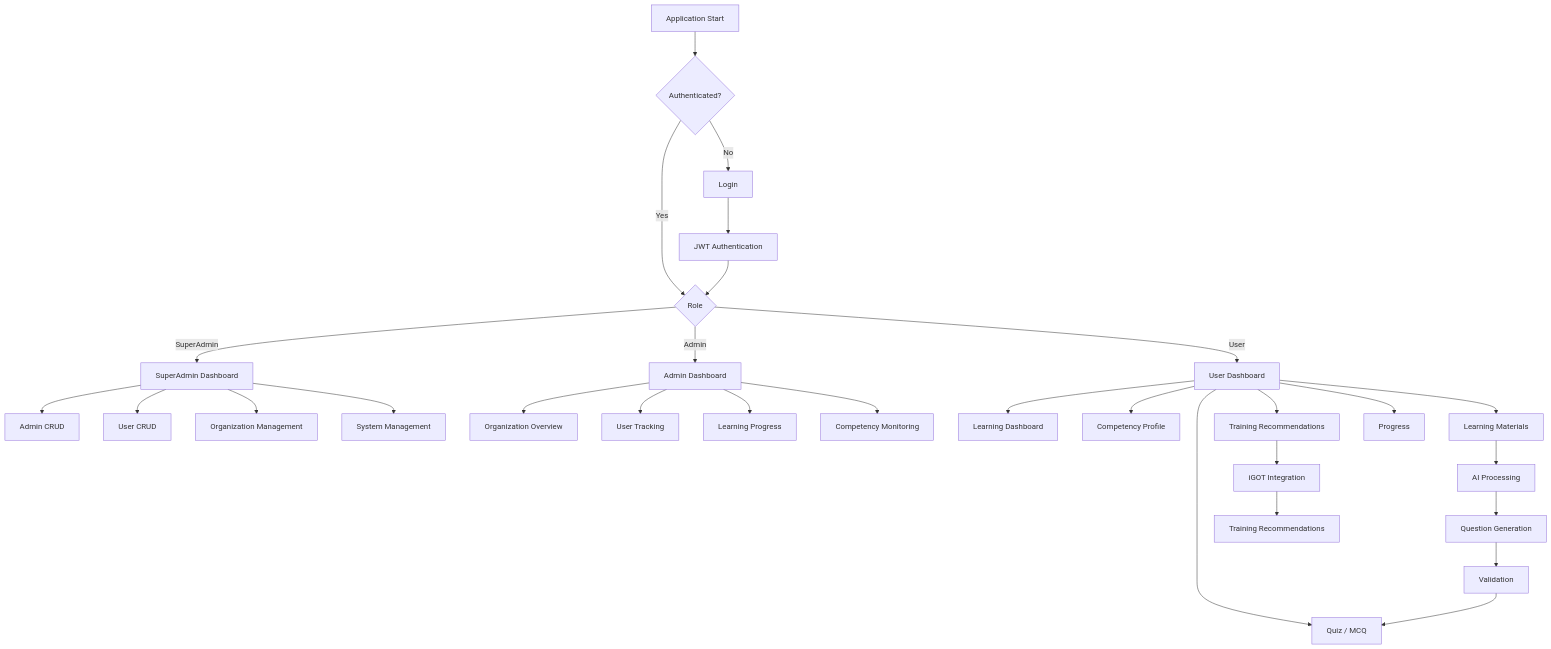
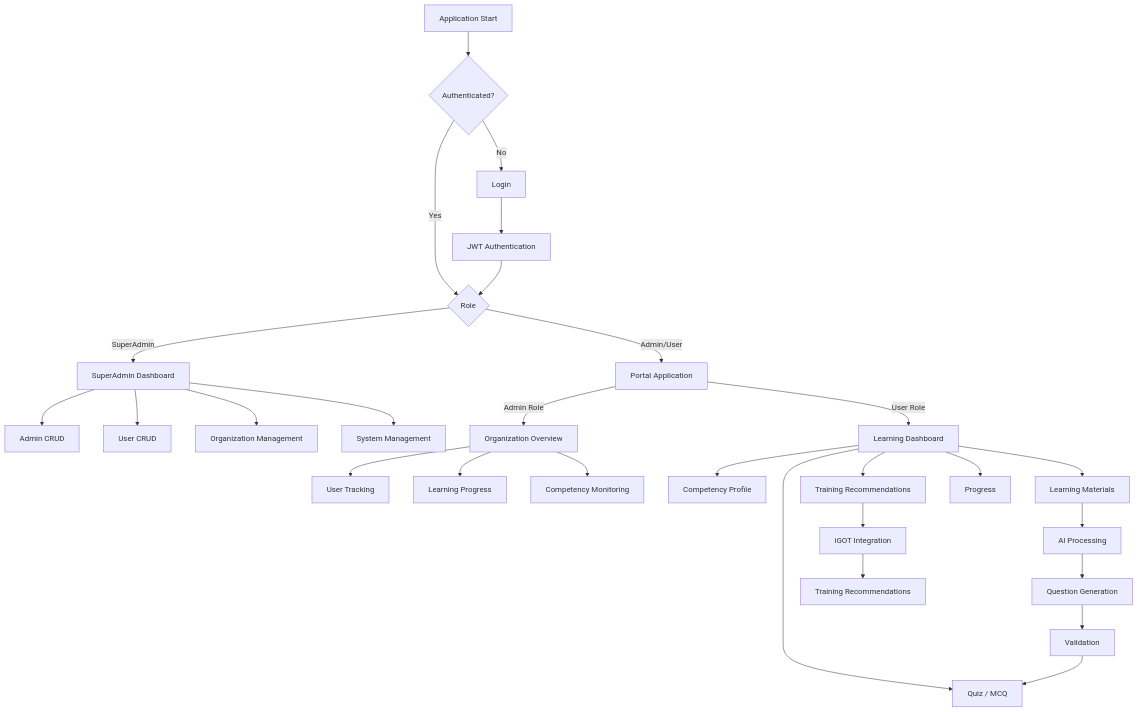
Before and after one commit to Farnexol/SIH-2026-Hackathon-VI: the first of 2 diagrams in AI/2_architecture.md, drawn with Mermaid. The commit also changed other lines of this file and 2 other files, not shown here.

Commit message:
Consolidate Admin and User to Portal

````diff
--- a/AI/2_architecture.md
+++ b/AI/2_architecture.md
@@ -283,40 +243,39 @@
 ```mermaid
 flowchart TD
 
     A[Application Start] --> B{Authenticated?}
 
     B -->|No| C[Login]
     B -->|Yes| D{Role}
 
     C --> E[JWT Authentication]
     E --> D
 
     D -->|SuperAdmin| F[SuperAdmin Dashboard]
-    D -->|Admin| G[Admin Dashboard]
-    D -->|User| H[User Dashboard]
+    D -->|Admin/User| G[Portal Application]
 
     F --> I[Admin CRUD]
     F --> J[User CRUD]
     F --> K[Organization Management]
     F --> L[System Management]
 
-    G --> M[Organization Overview]
-    G --> N[User Tracking]
-    G --> O[Learning Progress]
-    G --> P[Competency Monitoring]
+    G -->|Admin Role| M[Organization Overview]
+    M --> N[User Tracking]
+    M --> O[Learning Progress]
+    M --> P[Competency Monitoring]
 
-    H --> Q[Learning Dashboard]
-    H --> R[Competency Profile]
-    H --> S[Training Recommendations]
-    H --> T[Learning Materials]
-    H --> U[Quiz / MCQ]
-    H --> V[Progress]
+    G -->|User Role| Q[Learning Dashboard]
+    Q --> R[Competency Profile]
+    Q --> S[Training Recommendations]
+    Q --> T[Learning Materials]
+    Q --> U[Quiz / MCQ]
+    Q --> V[Progress]
 
     T --> W[AI Processing]
     W --> X[Question Generation]
     X --> Y[Validation]
     Y --> U
 
     S --> Z[iGOT Integration]
     Z --> AA[Training Recommendations]
 ```
````
